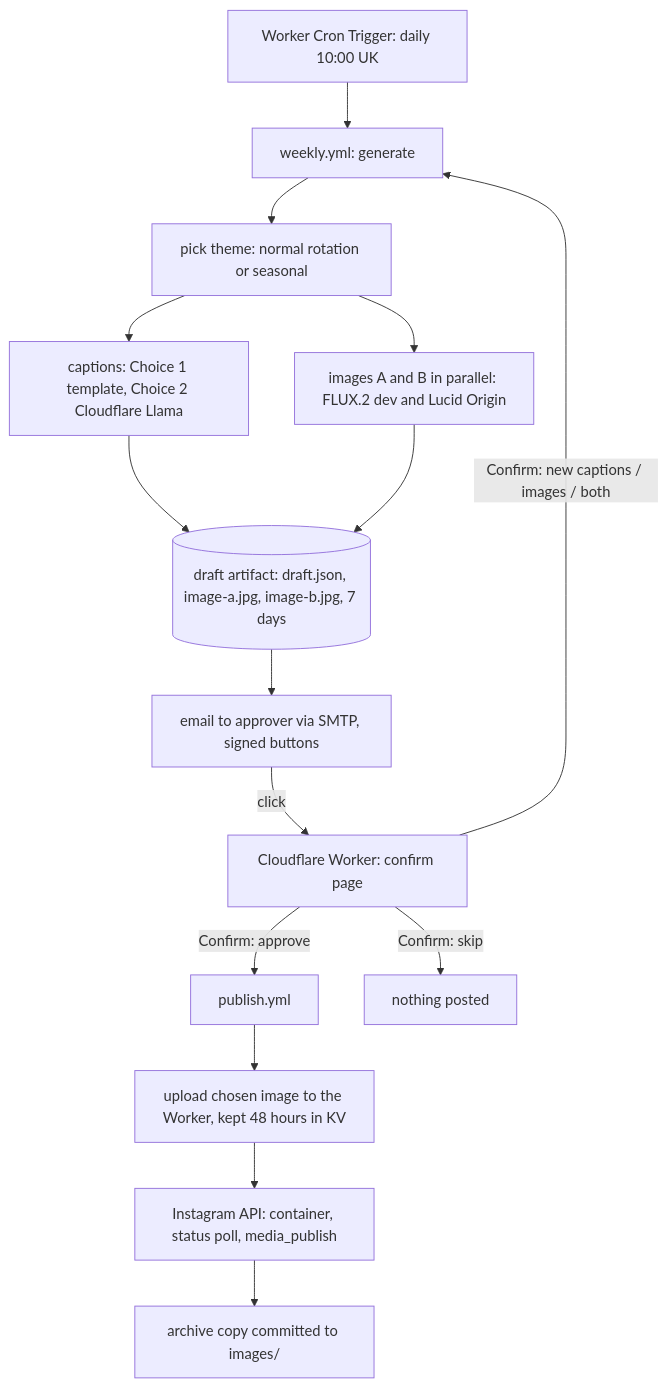
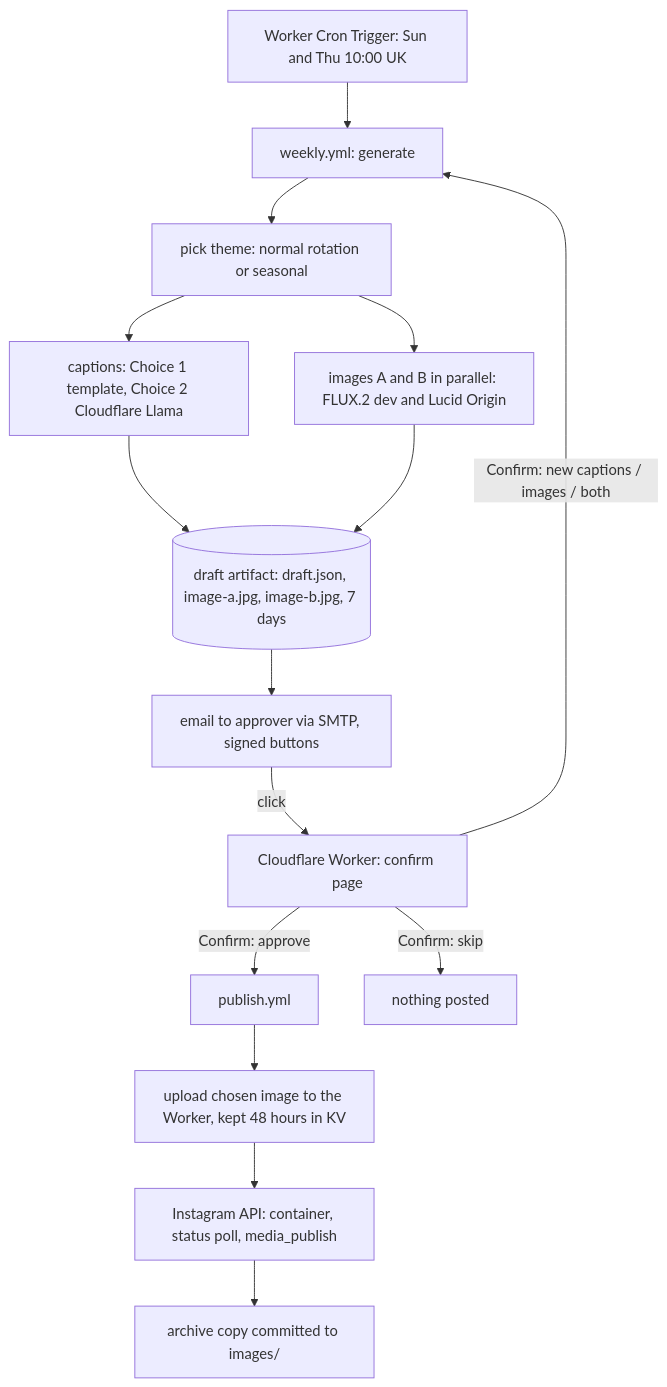
Before and after one commit to rtaank80/fdc-automation: the diagram in project-docs/ARCHITECTURE.md, drawn with Mermaid. The commit also changed other lines of this file and 11 other files, not shown here.

````diff
--- a/project-docs/ARCHITECTURE.md
+++ b/project-docs/ARCHITECTURE.md
@@ -4,17 +4,17 @@
 ```mermaid
 flowchart TD
-  CR[Worker Cron Trigger: daily 10:00 UK] --> G[weekly.yml: generate]
+  CR[Worker Cron Trigger: Sun and Thu 10:00 UK] --> G[weekly.yml: generate]
   G --> T[pick theme: normal rotation or seasonal]
   T --> C[captions: Choice 1 template, Choice 2 Cloudflare Llama]
   T --> I[images A and B in parallel: FLUX.2 dev and Lucid Origin]
   C --> D[(draft artifact: draft.json, image-a.jpg, image-b.jpg, 7 days)]
   I --> D
   D --> E[email to approver via SMTP, signed buttons]
   E -->|click| W[Cloudflare Worker: confirm page]
   W -->|Confirm: approve| P[publish.yml]
   W -->|Confirm: new captions / images / both| G
   W -->|Confirm: skip| X[nothing posted]
   P --> H[upload chosen image to the Worker, kept 48 hours in KV]
   H --> IG[Instagram API: container, status poll, media_publish]
   IG --> AR[archive copy committed to images/]
 ```
````
